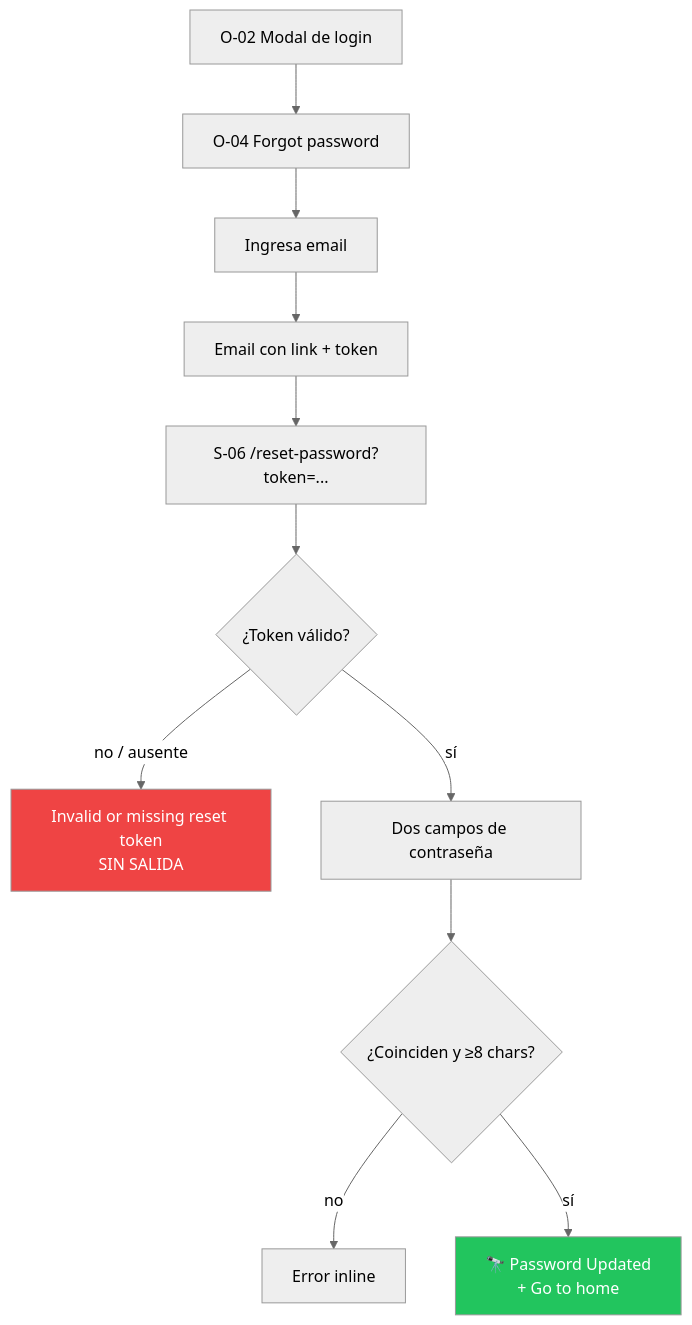
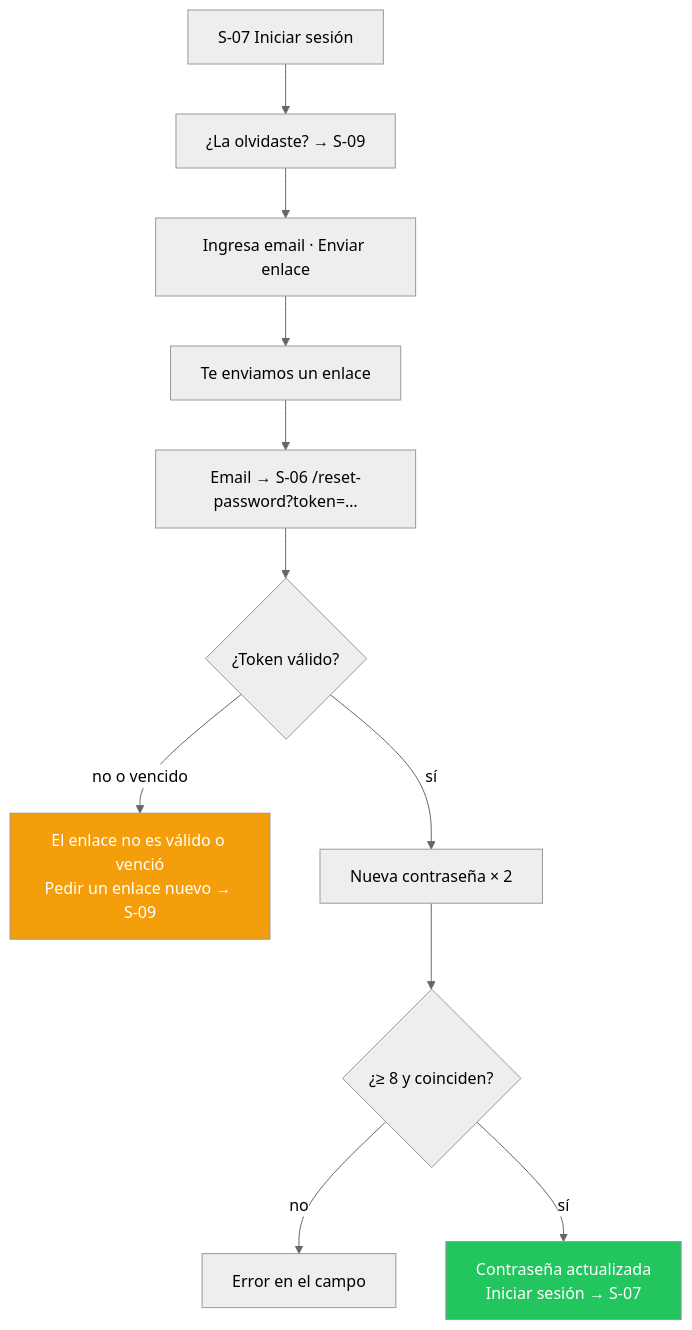
One commit to gravadigital/telescope changed the fourth of 5 diagrams in docs/ux/surfaces/web/user-flows.md. Above: the diagram before and after it, drawn with Mermaid (neutral theme). The commit also changed other lines of this file and 84 other files, not shown here.

````diff
--- a/docs/ux/surfaces/web/user-flows.md
+++ b/docs/ux/surfaces/web/user-flows.md
@@ -204,16 +193,16 @@
 ```mermaid
 graph TD
-    A[O-02 Modal de login] --> B[O-04 Forgot password]
-    B --> C[Ingresa email]
-    C --> D[Email con link + token]
-    D --> E[S-06 /reset-password?token=...]
+    A[S-07 Iniciar sesión] --> B[¿La olvidaste? → S-09]
+    B --> C[Ingresa email · Enviar enlace]
+    C --> D[Te enviamos un enlace]
+    D --> E[Email → S-06 /reset-password?token=…]
     E --> F{¿Token válido?}
-    F -->|no / ausente| G[Invalid or missing reset token<br/>SIN SALIDA]
-    F -->|sí| H[Dos campos de contraseña]
-    H --> I{¿Coinciden y ≥8 chars?}
-    I -->|no| J[Error inline]
-    I -->|sí| K[🔭 Password Updated<br/>+ Go to home]
+    F -->|no o vencido| G[El enlace no es válido o venció<br/>Pedir un enlace nuevo → S-09]
+    F -->|sí| H[Nueva contraseña × 2]
+    H --> I{¿≥ 8 y coinciden?}
+    I -->|no| J[Error en el campo]
+    I -->|sí| K[Contraseña actualizada<br/>Iniciar sesión → S-07]
 
-    style G fill:#ef4444,color:#fff
+    style G fill:#f59e0b,color:#fff
     style K fill:#22c55e,color:#fff
 ```
````
